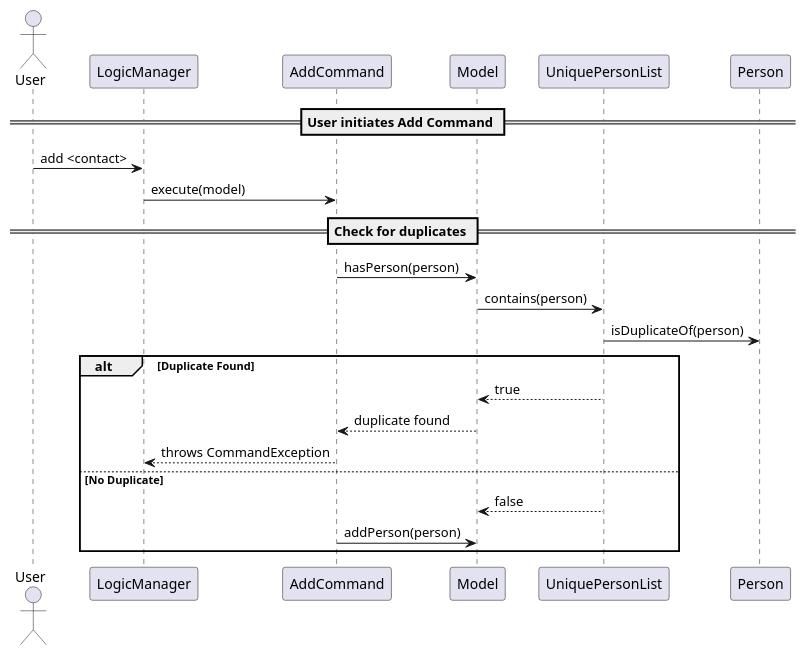
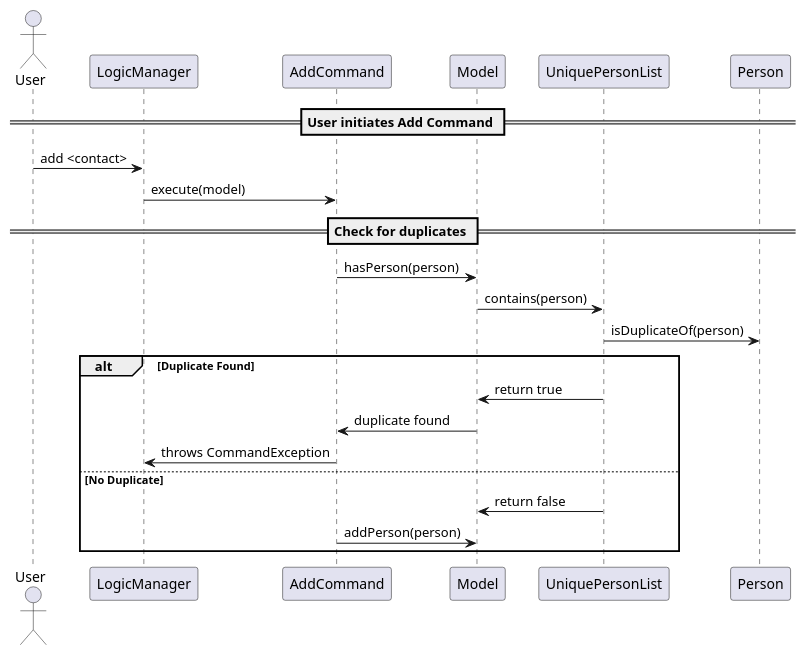
The diagram in docs/diagrams/AddCommandSequenceDiagram.puml (AY2425S2-CS2103T-F14-4/tp), drawn with PlantUML before and after one commit. The commit also changed other lines of this file and 1 other file, not shown here.

Commit message:
Resolve diagram conflict by pulling latest AddCommandSequenceDiagram.puml and regenerating PNG

```diff
--- a/docs/diagrams/AddCommandSequenceDiagram.puml
+++ b/docs/diagrams/AddCommandSequenceDiagram.puml
@@ -1,26 +1,26 @@
 @startuml
 actor User
 participant LogicManager
 participant AddCommand
 participant Model
 participant UniquePersonList
 participant Person
 
 == User initiates Add Command ==
 User -> LogicManager: add <contact>
 LogicManager -> AddCommand: execute(model)
 
 == Check for duplicates ==
 AddCommand -> Model: hasPerson(person)
 Model -> UniquePersonList: contains(person)
 UniquePersonList -> Person: isDuplicateOf(person)
 
 alt Duplicate Found
-    UniquePersonList --> Model: true
-    Model --> AddCommand: duplicate found
-    AddCommand --> LogicManager: throws CommandException
+    UniquePersonList -> Model: return true
+    Model -> AddCommand: duplicate found
+    AddCommand -> LogicManager: throws CommandException
 else No Duplicate
-    UniquePersonList --> Model: false
+    UniquePersonList -> Model: return false
     AddCommand -> Model: addPerson(person)
 end
 @enduml
```
